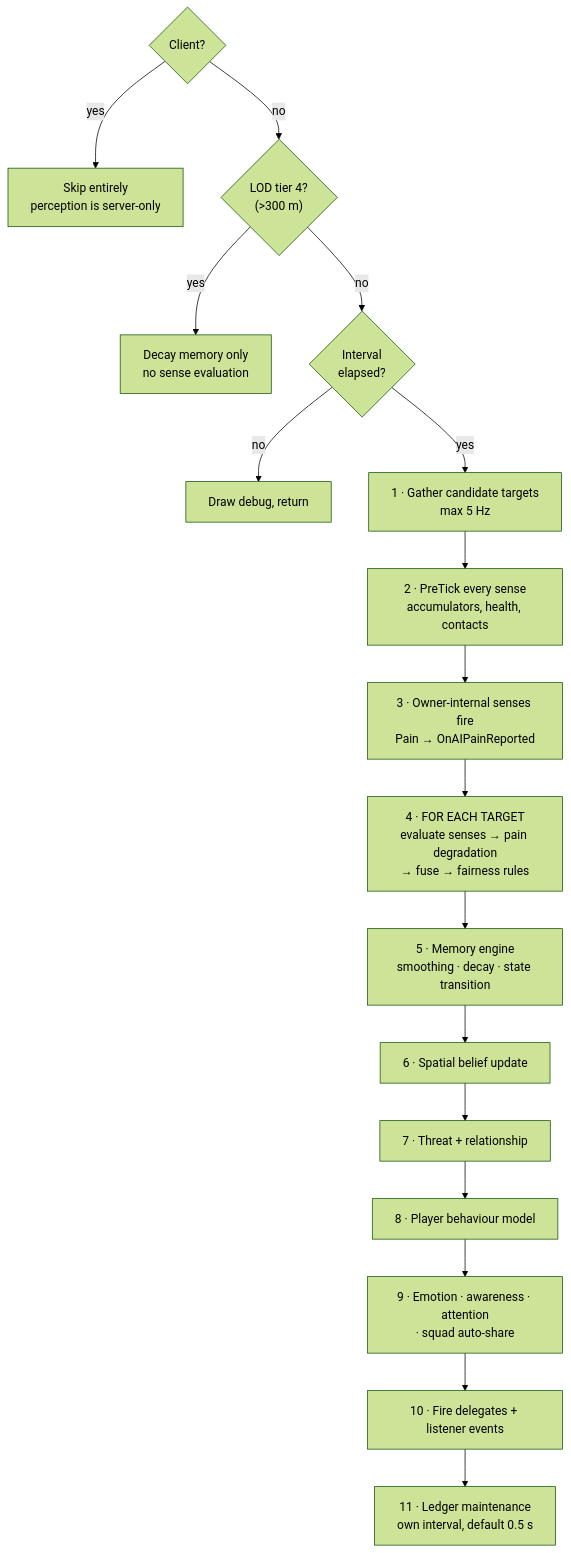
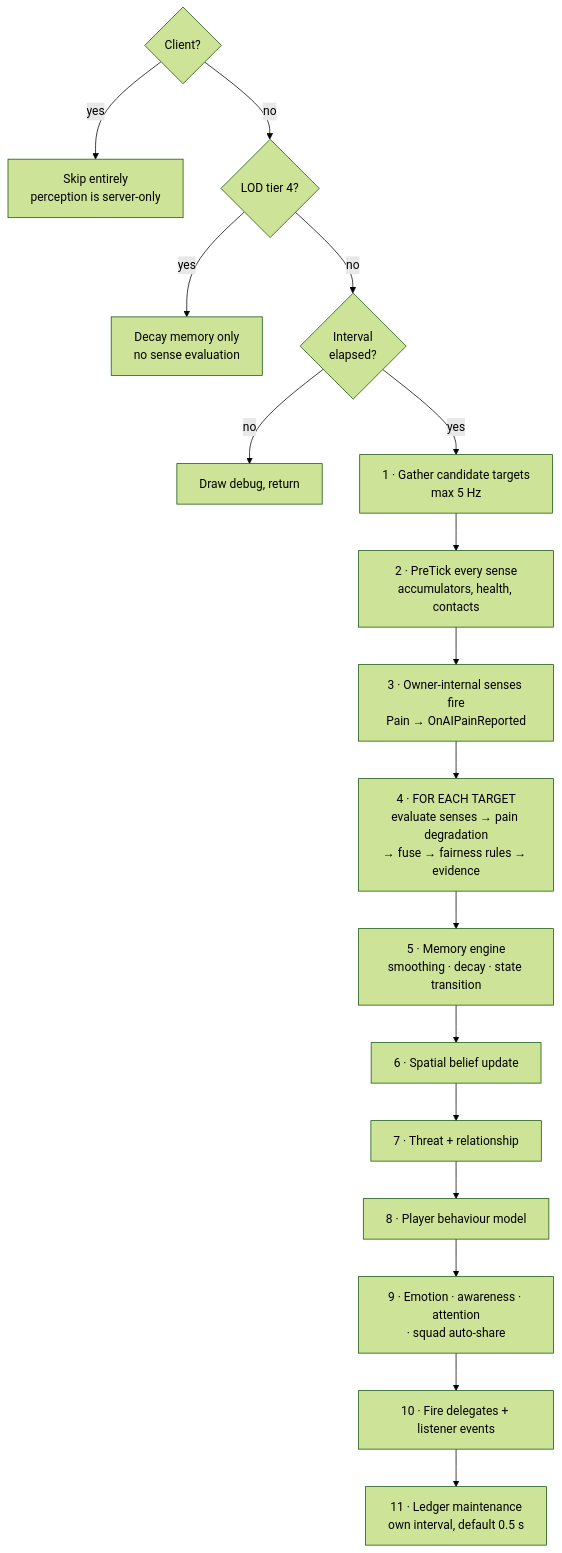
Before and after one commit to auragame33-sys/aps-docs: the fourth of 5 diagrams in APS-Documentation-ALL-IN-ONE.md, drawn with Mermaid (forest theme). The commit also changed other lines of this file and 31 other files, not shown here.

````diff
--- a/APS-Documentation-ALL-IN-ONE.md
+++ b/APS-Documentation-ALL-IN-ONE.md
@@ -2053,21 +2136,21 @@
 ```mermaid
 flowchart TD
     T0{"Client?"} -->|yes| STOP1["Skip entirely<br/>perception is server-only"]
-    T0 -->|no| T1{"LOD tier 4?<br/>(>300 m)"}
+    T0 -->|no| T1{"LOD tier 4?"}
     T1 -->|yes| STOP2["Decay memory only<br/>no sense evaluation"]
     T1 -->|no| T2{"Interval<br/>elapsed?"}
     T2 -->|no| STOP3["Draw debug, return"]
     T2 -->|yes| P1
 
     P1["1 · Gather candidate targets<br/>max 5 Hz"] --> P2
     P2["2 · PreTick every sense<br/>accumulators, health, contacts"] --> P3
     P3["3 · Owner-internal senses fire<br/>Pain → OnAIPainReported"] --> P4
-    P4["4 · FOR EACH TARGET<br/>evaluate senses → pain degradation<br/>→ fuse → fairness rules"] --> P5
+    P4["4 · FOR EACH TARGET<br/>evaluate senses → pain degradation<br/>→ fuse → fairness rules → evidence"] --> P5
     P5["5 · Memory engine<br/>smoothing · decay · state transition"] --> P6
     P6["6 · Spatial belief update"] --> P7
     P7["7 · Threat + relationship"] --> P8
     P8["8 · Player behaviour model"] --> P9
     P9["9 · Emotion · awareness · attention<br/>· squad auto-share"] --> P10
     P10["10 · Fire delegates + listener events"] --> P11
     P11["11 · Ledger maintenance<br/>own interval, default 0.5 s"]
 ```
````
